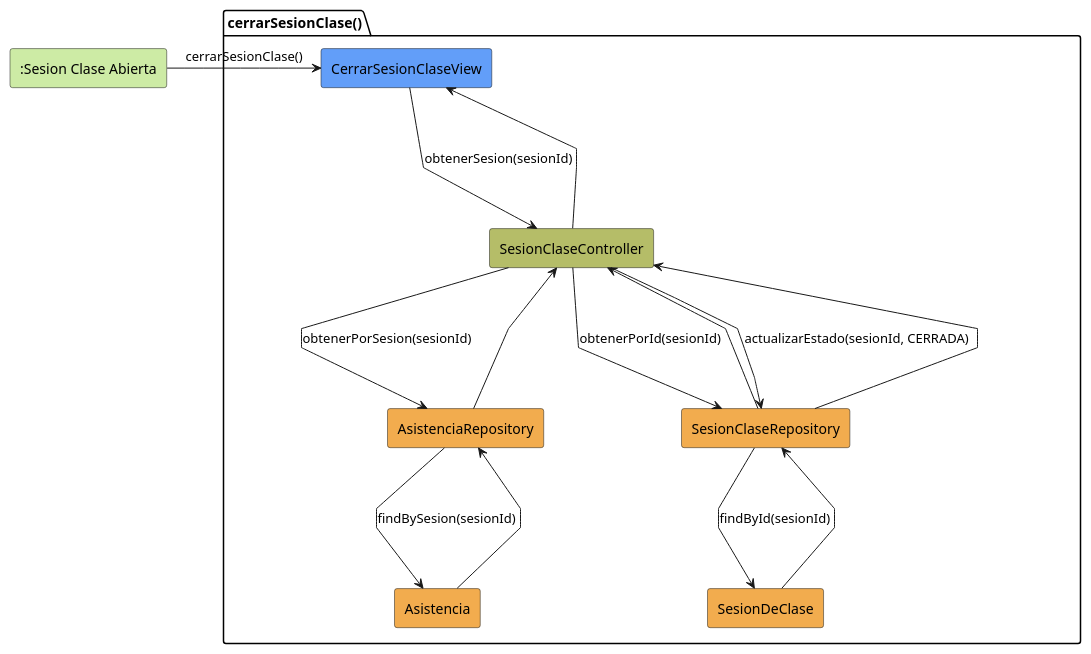
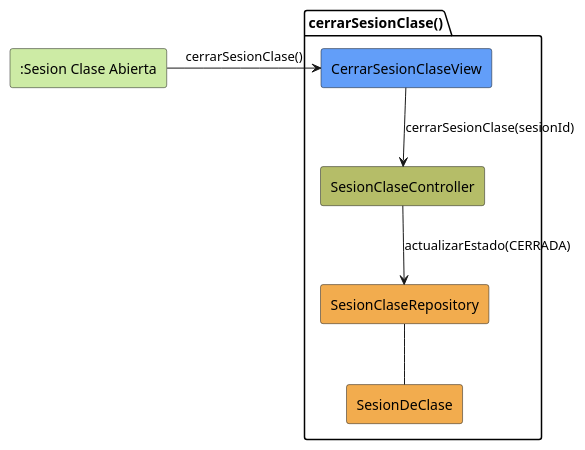
One commit to jerdier/25-26-idsw2-sdVC changed the diagram in modelosUML/analisis/cerrarSesionClase/colaboracion.puml. Above: the diagram before and after it, drawn with PlantUML. The commit also changed 83 other files, not shown here.

```diff
--- a/modelosUML/analisis/cerrarSesionClase/colaboracion.puml
+++ b/modelosUML/analisis/cerrarSesionClase/colaboracion.puml
@@ -1,28 +1,17 @@
 @startuml cerrarSesionClase-analisis
 skinparam linetype polyline
 
 rectangle #CDEBA5 ":Sesion Clase Abierta" as SesionClaseAbierta
 
 package cerrarSesionClase as "cerrarSesionClase()" {
     rectangle #629EF9 CerrarSesionClaseView
     rectangle #b5bd68 SesionClaseController
     rectangle #F2AC4E SesionClaseRepository
-    rectangle #F2AC4E AsistenciaRepository
     rectangle #F2AC4E SesionDeClase
-    rectangle #F2AC4E Asistencia
 }
 
 SesionClaseAbierta -r-> CerrarSesionClaseView: cerrarSesionClase()
-CerrarSesionClaseView -d-> SesionClaseController: obtenerSesion(sesionId)
-SesionClaseController -d-> SesionClaseRepository: obtenerPorId(sesionId)
-SesionClaseRepository -d-> SesionDeClase: findById(sesionId)
-SesionDeClase --u-> SesionClaseRepository
-SesionClaseRepository --u-> SesionClaseController
-SesionClaseController -d-> AsistenciaRepository: obtenerPorSesion(sesionId)
-AsistenciaRepository -d-> Asistencia: findBySesion(sesionId)
-Asistencia --u-> AsistenciaRepository
-AsistenciaRepository --u-> SesionClaseController
-SesionClaseController -d-> SesionClaseRepository: actualizarEstado(sesionId, CERRADA)
-SesionClaseRepository --u-> SesionClaseController
-SesionClaseController --u-> CerrarSesionClaseView
+CerrarSesionClaseView -d-> SesionClaseController: cerrarSesionClase(sesionId)
+SesionClaseController --> SesionClaseRepository: actualizarEstado(CERRADA)
+SesionClaseRepository -- SesionDeClase
 @enduml
```
